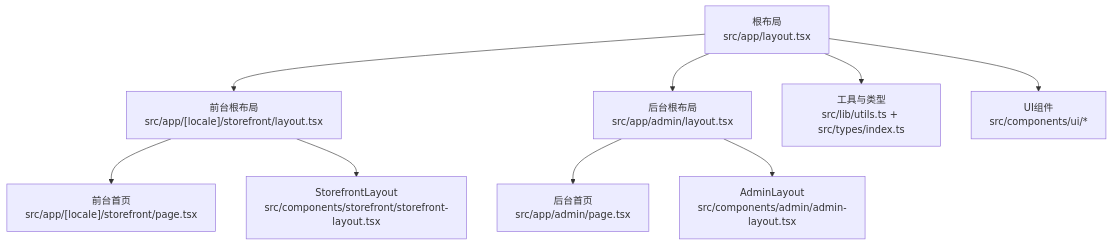
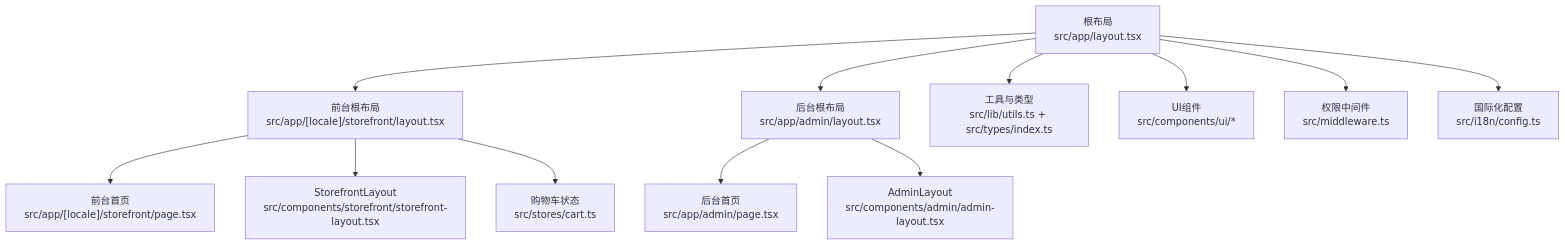
One commit to three3638-arch/celestia_2b changed the second of 11 diagrams in .qoder/repowiki/zh/content/架构设计/前端架构设计.md. Above: the diagram before and after it, drawn with Mermaid. The commit also changed other lines of this file and 17 other files, not shown here.

````diff
--- a/.qoder/repowiki/zh/content/架构设计/前端架构设计.md
+++ b/.qoder/repowiki/zh/content/架构设计/前端架构设计.md
@@ -97,11 +121,14 @@
 ```mermaid
 graph TB
 Root["根布局<br/>src/app/layout.tsx"] --> StorefrontRoot["前台根布局<br/>src/app/[locale]/storefront/layout.tsx"]
 Root --> AdminRoot["后台根布局<br/>src/app/admin/layout.tsx"]
 StorefrontRoot --> StorefrontHome["前台首页<br/>src/app/[locale]/storefront/page.tsx"]
 AdminRoot --> AdminHome["后台首页<br/>src/app/admin/page.tsx"]
 Root --> Utils["工具与类型<br/>src/lib/utils.ts + src/types/index.ts"]
 Root --> UI["UI组件<br/>src/components/ui/*"]
 StorefrontRoot --> SFL["StorefrontLayout<br/>src/components/storefront/storefront-layout.tsx"]
 AdminRoot --> ADML["AdminLayout<br/>src/components/admin/admin-layout.tsx"]
+Root --> Middleware["权限中间件<br/>src/middleware.ts"]
+Root --> I18n["国际化配置<br/>src/i18n/config.ts"]
+StorefrontRoot --> CartStore["购物车状态<br/>src/stores/cart.ts"]
 ```
````
